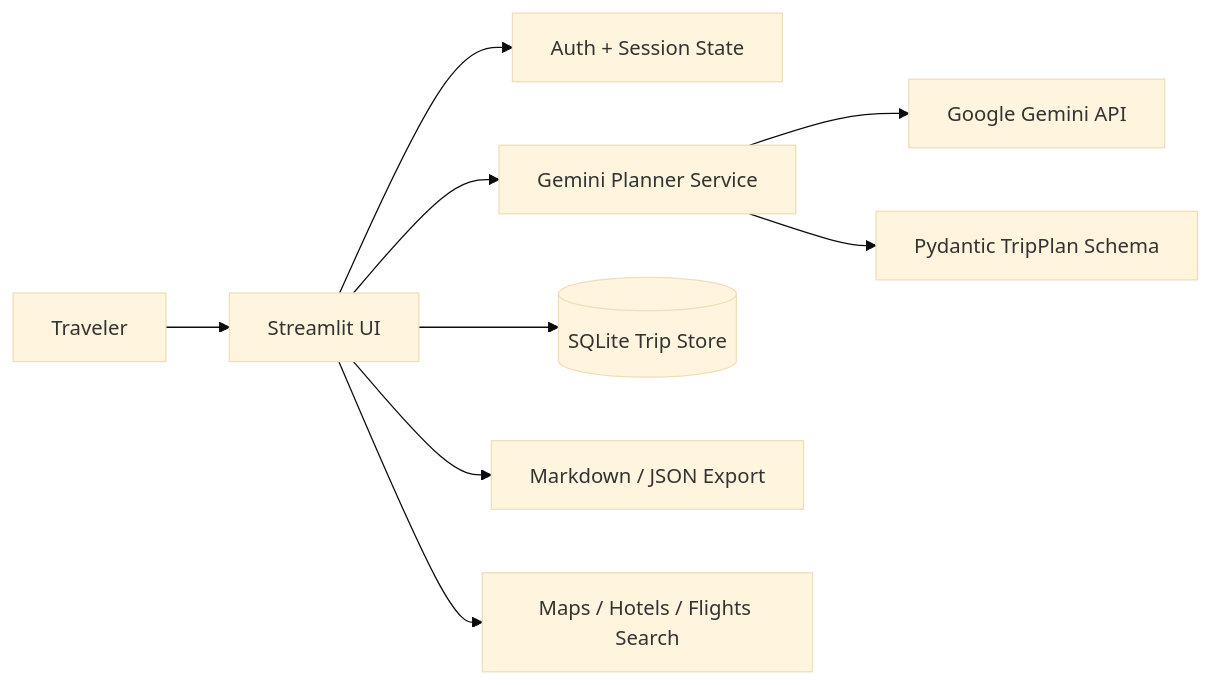
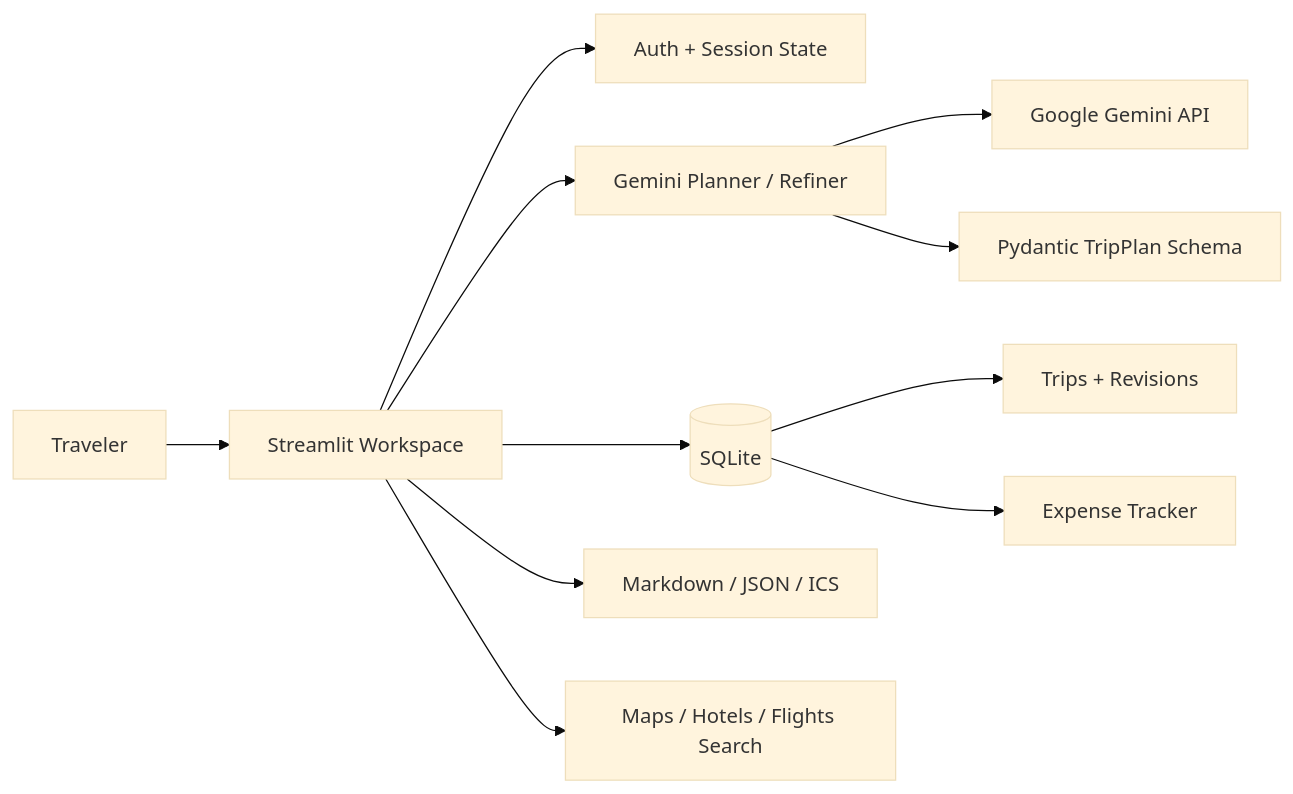
Before and after one commit to YashAgarwal-31/RouteMatrix-AI-Travel-Itinerary-Planner: the diagram in README.md, drawn with Mermaid (base theme). The commit also changed other lines of this file, not shown here.

Commit message:
Document full travel workspace features

````diff
--- a/README.md
+++ b/README.md
@@ -50,11 +54,13 @@
 ```mermaid
 flowchart LR
-    U[Traveler] --> UI[Streamlit UI]
+    U[Traveler] --> UI[Streamlit Workspace]
     UI --> AUTH[Auth + Session State]
-    UI --> AI[Gemini Planner Service]
+    UI --> AI[Gemini Planner / Refiner]
     AI --> G[Google Gemini API]
     AI --> SCHEMA[Pydantic TripPlan Schema]
-    UI --> DB[(SQLite Trip Store)]
-    UI --> EXP[Markdown / JSON Export]
+    UI --> DB[(SQLite)]
+    DB --> TRIPS[Trips + Revisions]
+    DB --> EXPENSES[Expense Tracker]
+    UI --> EXPORT[Markdown / JSON / ICS]
     UI --> LINKS[Maps / Hotels / Flights Search]
 ```
````
